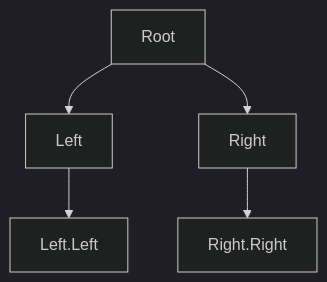
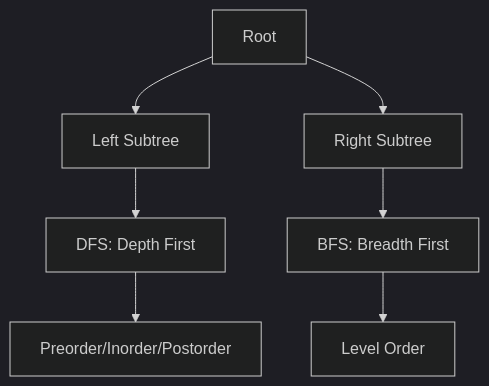
Before and after one commit to sbeeredd04/LeetCode: the seventh of 9 diagrams in Notes.md, drawn with Mermaid (dark theme). The commit also changed other lines of this file and 3 other files, not shown here.

````diff
--- a/Notes.md
+++ b/Notes.md
@@ -358,7 +367,9 @@
 ```mermaid
 graph TD
-    A[Root] --> B[Left]
-    A --> C[Right]
-    B --> D[Left.Left]
-    C --> E[Right.Right]
+    A[Root] --> B[Left Subtree]
+    A --> C[Right Subtree]
+    B --> D[DFS: Depth First]
+    C --> E[BFS: Breadth First]
+    D --> F[Preorder/Inorder/Postorder]
+    E --> G[Level Order]
 ```
````
